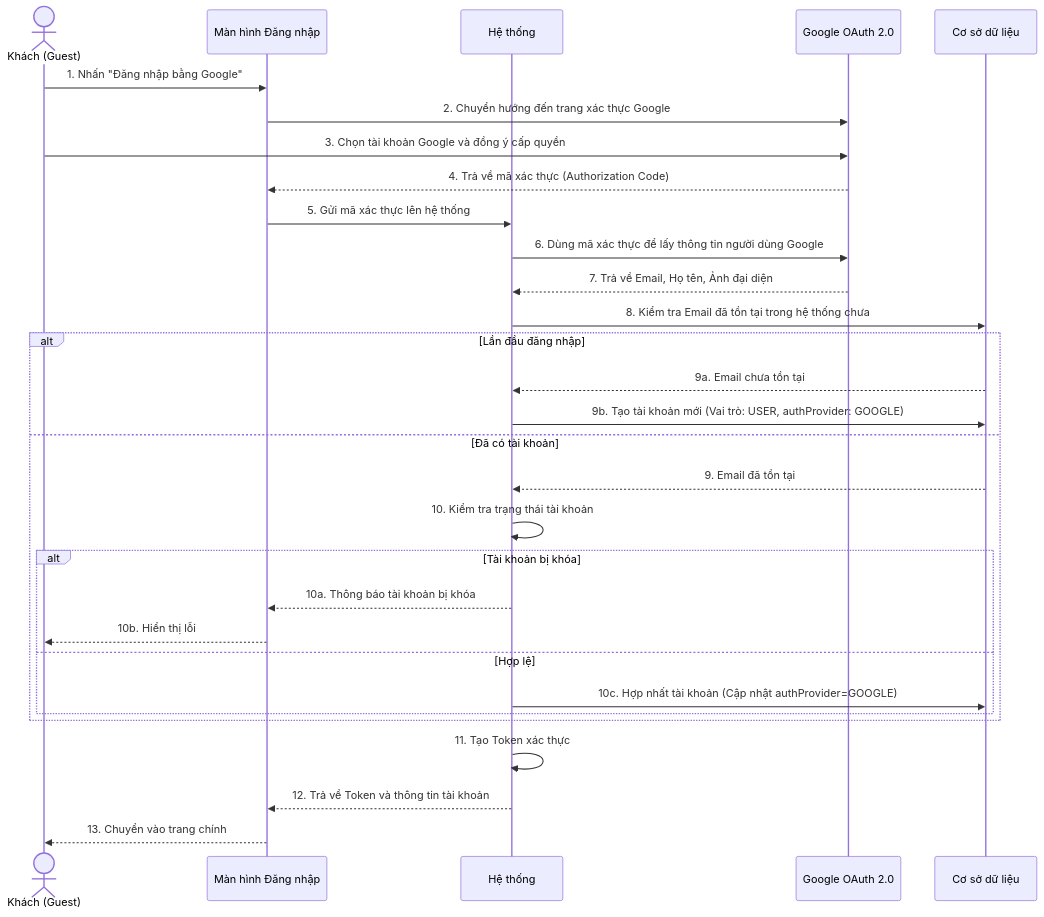
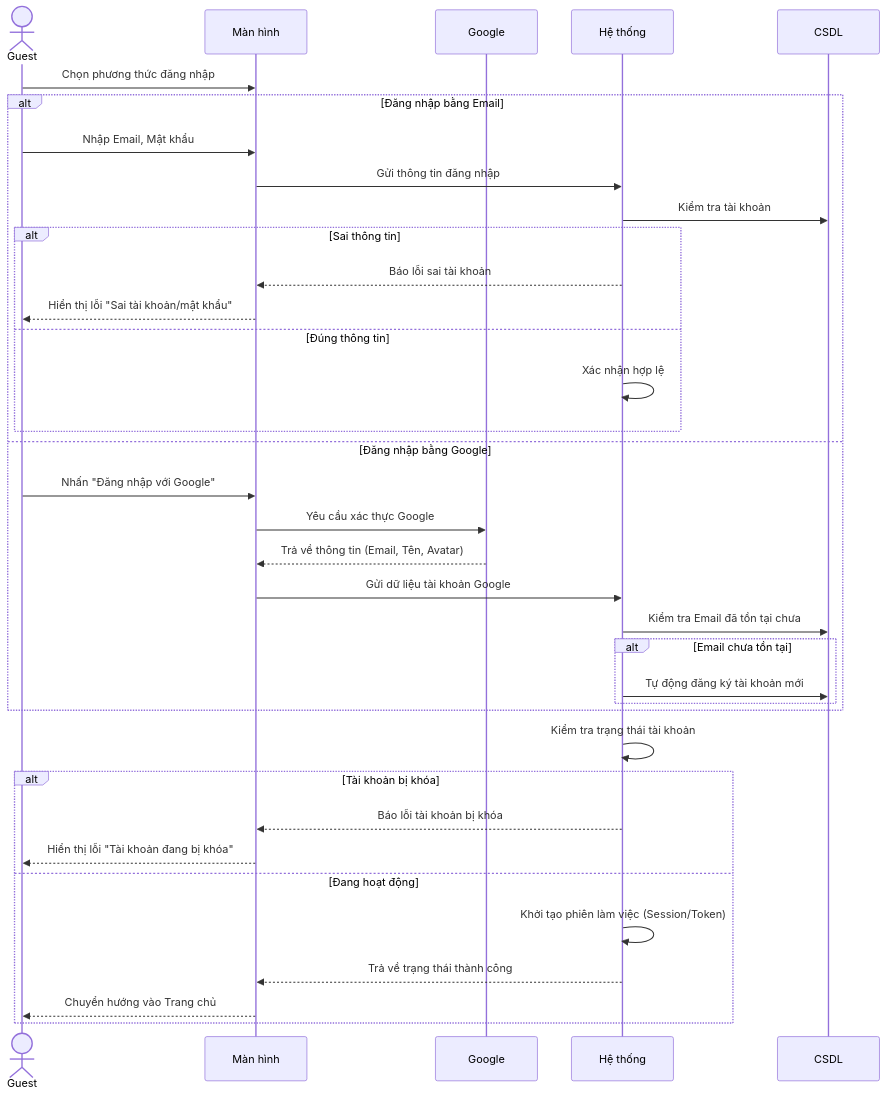
One commit to ChuDucAnh21/BE-quan-ly-su-kien changed the second of 8 diagrams in doc/system_analysis/sequence diagram/05a_sequence_auth_profile.md. Above: the diagram before and after it, drawn with Mermaid. The commit also changed other lines of this file and 14 other files, not shown here.

````diff
--- a/doc/system_analysis/sequence diagram/05a_sequence_auth_profile.md
+++ b/doc/system_analysis/sequence diagram/05a_sequence_auth_profile.md
@@ -82,33 +35,40 @@
 ```mermaid
 sequenceDiagram
-    actor Guest as Khách (Guest)
-    participant UI as Màn hình Đăng nhập
-    participant HT as Hệ thống
-    participant GG as Google OAuth 2.0
-    participant DB as Cơ sở dữ liệu
+    actor Guest
+    participant Màn hình
+    participant Google
+    participant Hệ thống
+    participant CSDL
 
-    Guest->>UI: 1. Nhấn "Đăng nhập bằng Google"
-    UI->>GG: 2. Chuyển hướng đến trang xác thực Google
-    Guest->>GG: 3. Chọn tài khoản Google và đồng ý cấp quyền
-    GG-->>UI: 4. Trả về mã xác thực (Authorization Code)
-    UI->>HT: 5. Gửi mã xác thực lên hệ thống
-    HT->>GG: 6. Dùng mã xác thực để lấy thông tin người dùng Google
-    GG-->>HT: 7. Trả về Email, Họ tên, Ảnh đại diện
-    HT->>DB: 8. Kiểm tra Email đã tồn tại trong hệ thống chưa
-    alt Lần đầu đăng nhập
-        DB-->>HT: 9a. Email chưa tồn tại
-        HT->>DB: 9b. Tạo tài khoản mới (Vai trò: USER, authProvider: GOOGLE)
-    else Đã có tài khoản
-        DB-->>HT: 9. Email đã tồn tại
-        HT->>HT: 10. Kiểm tra trạng thái tài khoản
-        alt Tài khoản bị khóa
-            HT-->>UI: 10a. Thông báo tài khoản bị khóa
-            UI-->>Guest: 10b. Hiển thị lỗi
-        else Hợp lệ
-            HT->>DB: 10c. Hợp nhất tài khoản (Cập nhật authProvider=GOOGLE)
+    Guest->>Màn hình: Chọn phương thức đăng nhập
+    alt Đăng nhập bằng Email
+        Guest->>Màn hình: Nhập Email, Mật khẩu
+        Màn hình->>Hệ thống: Gửi thông tin đăng nhập
+        Hệ thống->>CSDL: Kiểm tra tài khoản
+        alt Sai thông tin
+            Hệ thống-->>Màn hình: Báo lỗi sai tài khoản
+            Màn hình-->>Guest: Hiển thị lỗi "Sai tài khoản/mật khẩu"
+        else Đúng thông tin
+            Hệ thống->>Hệ thống: Xác nhận hợp lệ
+        end
+    else Đăng nhập bằng Google
+        Guest->>Màn hình: Nhấn "Đăng nhập với Google"
+        Màn hình->>Google: Yêu cầu xác thực Google
+        Google-->>Màn hình: Trả về thông tin (Email, Tên, Avatar)
+        Màn hình->>Hệ thống: Gửi dữ liệu tài khoản Google
+        Hệ thống->>CSDL: Kiểm tra Email đã tồn tại chưa
+        alt Email chưa tồn tại
+            Hệ thống->>CSDL: Tự động đăng ký tài khoản mới
         end
     end
-    HT->>HT: 11. Tạo Token xác thực
-    HT-->>UI: 12. Trả về Token và thông tin tài khoản
-    UI-->>Guest: 13. Chuyển vào trang chính
+
+    Hệ thống->>Hệ thống: Kiểm tra trạng thái tài khoản
+    alt Tài khoản bị khóa
+        Hệ thống-->>Màn hình: Báo lỗi tài khoản bị khóa
+        Màn hình-->>Guest: Hiển thị lỗi "Tài khoản đang bị khóa"
+    else Đang hoạt động
+        Hệ thống->>Hệ thống: Khởi tạo phiên làm việc (Session/Token)
+        Hệ thống-->>Màn hình: Trả về trạng thái thành công
+        Màn hình-->>Guest: Chuyển hướng vào Trang chủ
+    end
 ```
````
